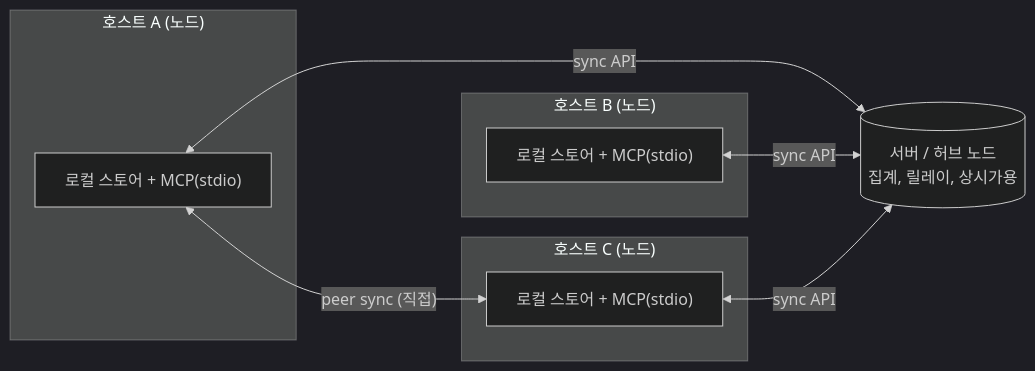
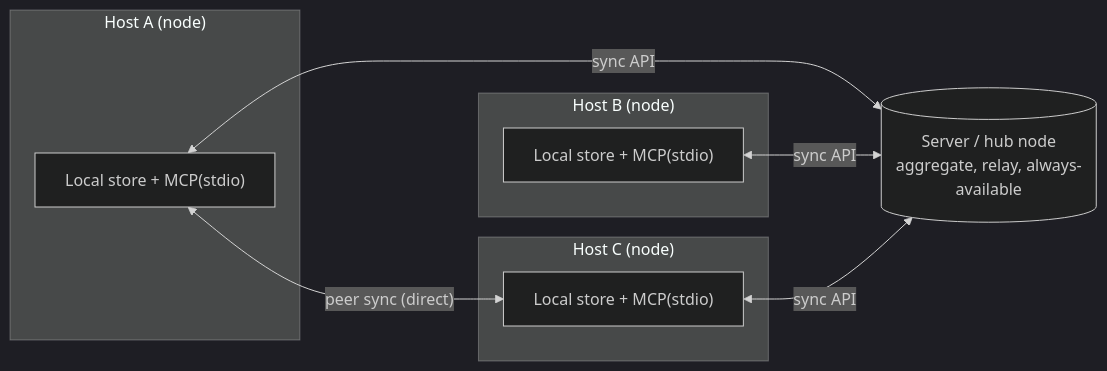
The third of 3 diagrams in docs/architecture.md (Ashon/supragnosis), drawn with Mermaid (dark theme) before and after one commit. The commit also changed other lines of this file and 5 other files, not shown here.

````diff
--- a/docs/architecture.md
+++ b/docs/architecture.md
@@ -180,17 +180,17 @@
 ```mermaid
 flowchart LR
-    subgraph HostA["호스트 A (노드)"]
-        A1["로컬 스토어 + MCP(stdio)"]
+    subgraph HostA["Host A (node)"]
+        A1["Local store + MCP(stdio)"]
     end
-    subgraph HostB["호스트 B (노드)"]
-        B1["로컬 스토어 + MCP(stdio)"]
+    subgraph HostB["Host B (node)"]
+        B1["Local store + MCP(stdio)"]
     end
-    subgraph HostC["호스트 C (노드)"]
-        C1["로컬 스토어 + MCP(stdio)"]
+    subgraph HostC["Host C (node)"]
+        C1["Local store + MCP(stdio)"]
     end
-    Hub[("서버 / 허브 노드\n집계, 릴레이, 상시가용")]
+    Hub[("Server / hub node\naggregate, relay, always-available")]
     A1 <-->|sync API| Hub
     B1 <-->|sync API| Hub
     C1 <-->|sync API| Hub
-    A1 <-->|"peer sync (직접)"| C1
+    A1 <-->|"peer sync (direct)"| C1
 ```
````
